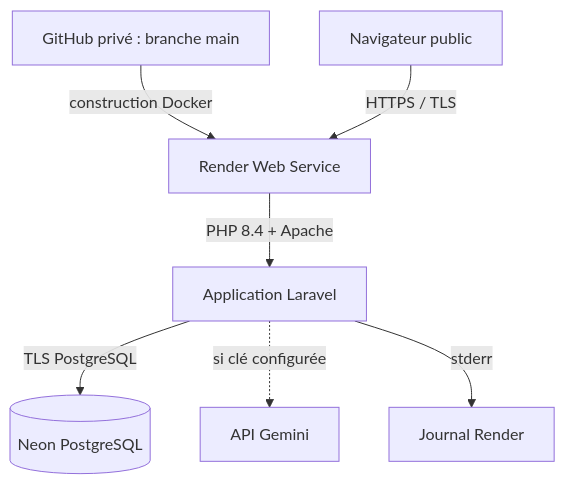
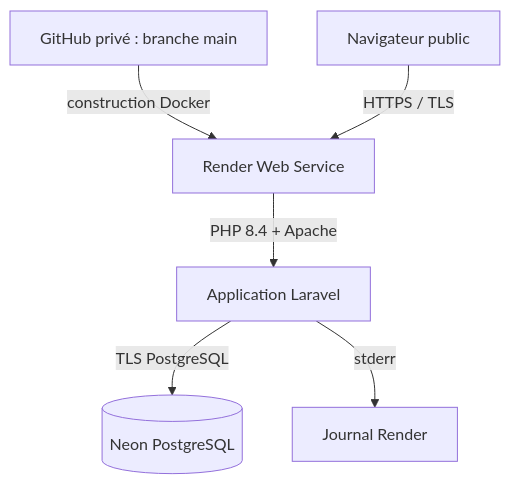
One commit to abjnn/ABIWEIN changed the third of 3 diagrams in docs/ARCHITECTURE.md. Above: the diagram before and after it, drawn with Mermaid. The commit also changed other lines of this file and 63 other files, not shown here.

````diff
--- a/docs/ARCHITECTURE.md
+++ b/docs/ARCHITECTURE.md
@@ -199,9 +199,8 @@
 ```mermaid
 flowchart TB
     G[GitHub privé : branche main] -->|construction Docker| R[Render Web Service]
     U[Navigateur public] -->|HTTPS / TLS| R
     R -->|PHP 8.4 + Apache| L[Application Laravel]
     L -->|TLS PostgreSQL| N[(Neon PostgreSQL)]
-    L -. si clé configurée .-> AI[API Gemini]
     L -->|stderr| LOG[Journal Render]
 ```
````
